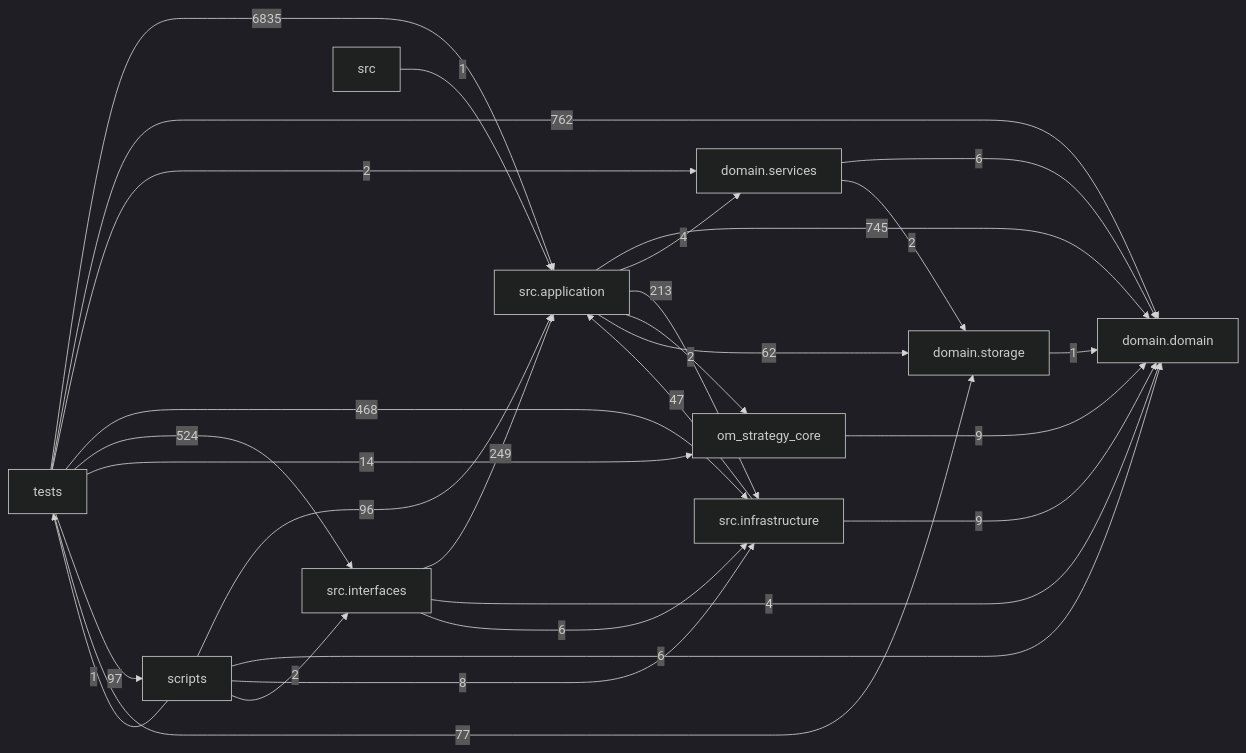
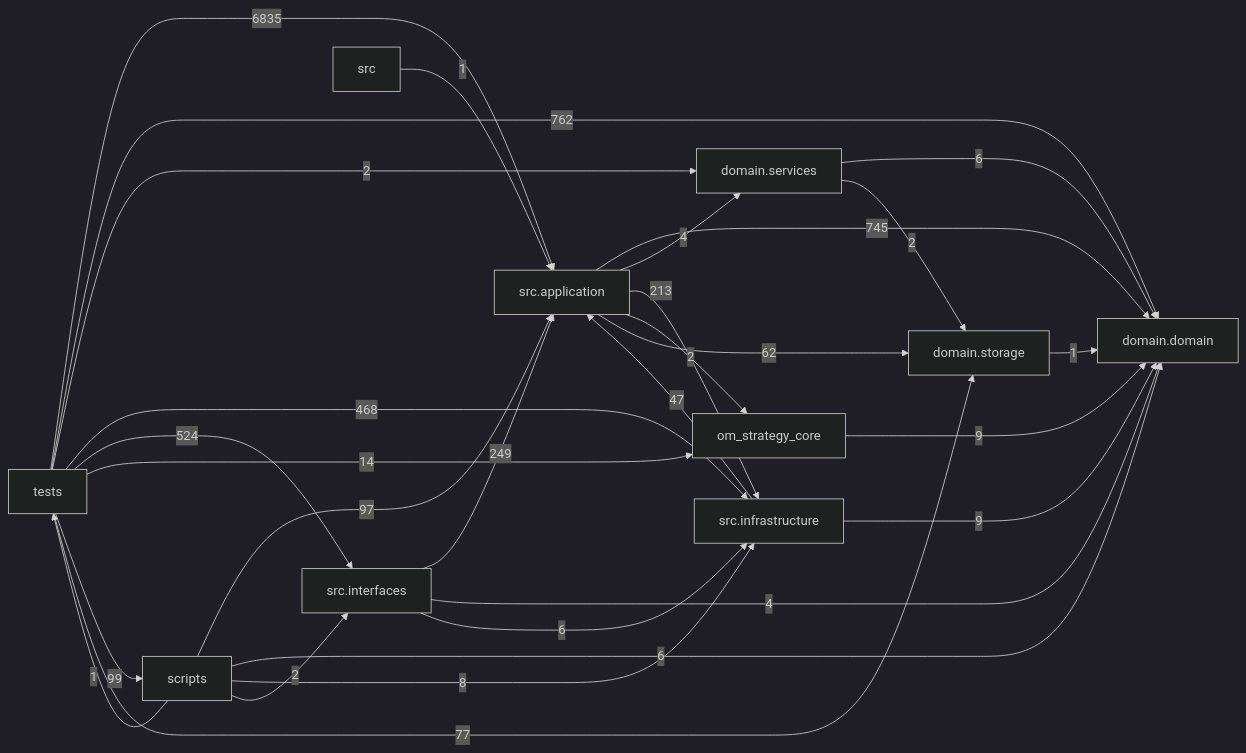
The diagram in docs/DEPENDENCY_GRAPH.md (liuxie066/options-monitor), drawn with Mermaid (dark theme) before and after one commit. The commit also changed other lines of this file and 7 other files, not shown here.

````diff
--- a/docs/DEPENDENCY_GRAPH.md
+++ b/docs/DEPENDENCY_GRAPH.md
@@ -24,39 +24,39 @@
 ```mermaid
 flowchart LR
   tests["tests"]
   scripts["scripts"]
   interfaces["src.interfaces"]
   application["src.application"]
   infrastructure["src.infrastructure"]
   domain_services["domain.services"]
   domain["domain.domain"]
   storage["domain.storage"]
   application -->|745| domain
   application -->|4| domain_services
   application -->|213| infrastructure
   application -->|2| om_strategy_core
   application -->|62| storage
   domain_services -->|6| domain
   domain_services -->|2| storage
   infrastructure -->|47| application
   infrastructure -->|9| domain
   interfaces -->|249| application
   interfaces -->|4| domain
   interfaces -->|6| infrastructure
   om_strategy_core -->|9| domain
-  scripts -->|96| application
+  scripts -->|97| application
   scripts -->|6| domain
   scripts -->|8| infrastructure
   scripts -->|2| interfaces
   scripts -->|1| tests
   src -->|1| application
   storage -->|1| domain
   tests -->|6835| application
   tests -->|762| domain
   tests -->|2| domain_services
   tests -->|468| infrastructure
   tests -->|524| interfaces
   tests -->|14| om_strategy_core
-  tests -->|97| scripts
+  tests -->|99| scripts
   tests -->|77| storage
 ```
````
